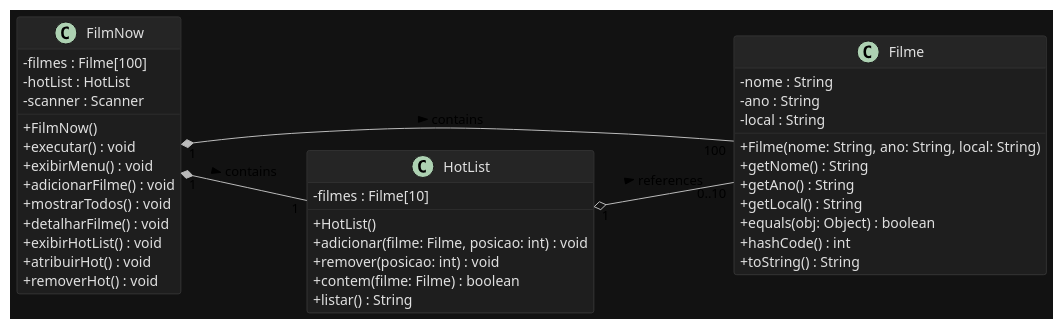
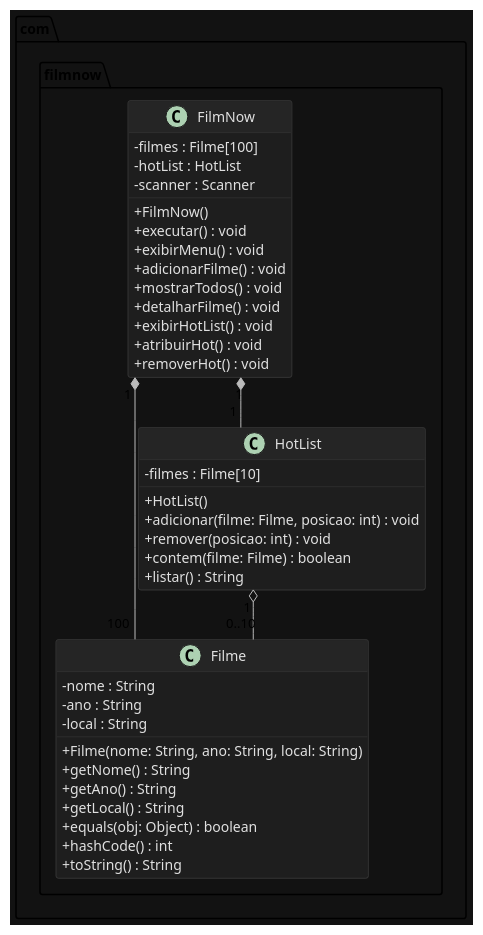
The diagram in docs/FilmNow_UML.puml (juliovlpsp-commits/LAB03), drawn with PlantUML before and after one commit. The commit also changed 1 other file, not shown here.

```diff
--- a/docs/FilmNow_UML.puml
+++ b/docs/FilmNow_UML.puml
@@ -1,55 +1,62 @@
 @startuml FilmNow
-left to right direction
 skinparam backgroundColor #121212
 skinparam shadowing false
 skinparam ArrowColor #BBBBBB
 skinparam ClassBackgroundColor #1E1E1E
 skinparam ClassBorderColor #3A3A3A
 skinparam ClassFontColor #E0E0E0
 skinparam ClassAttributeFontColor #E0E0E0
 skinparam ClassStereotypeFontColor #90CAF9
 skinparam ClassHeaderBackgroundColor #252525
 skinparam PackageBackgroundColor #121212
 skinparam classAttributeIconSize 0
+skinparam linetype ortho
+skinparam nodesep 80
+skinparam ranksep 50
 
-class FilmNow {
-  - filmes : Filme[100]
-  - hotList : HotList
-  - scanner : Scanner
-  + FilmNow()
-  + executar() : void
-  + exibirMenu() : void
-  + adicionarFilme() : void
-  + mostrarTodos() : void
-  + detalharFilme() : void
-  + exibirHotList() : void
-  + atribuirHot() : void
-  + removerHot() : void
+package "com.filmnow" {
+  class FilmNow {
+    - filmes : Filme[100]
+    - hotList : HotList
+    - scanner : Scanner
+    + FilmNow()
+    + executar() : void
+    + exibirMenu() : void
+    + adicionarFilme() : void
+    + mostrarTodos() : void
+    + detalharFilme() : void
+    + exibirHotList() : void
+    + atribuirHot() : void
+    + removerHot() : void
+  }
+
+  class Filme {
+    - nome : String
+    - ano : String
+    - local : String
+    + Filme(nome: String, ano: String, local: String)
+    + getNome() : String
+    + getAno() : String
+    + getLocal() : String
+    + equals(obj: Object) : boolean
+    + hashCode() : int
+    + toString() : String
+  }
+
+  class HotList {
+    - filmes : Filme[10]
+    + HotList()
+    + adicionar(filme: Filme, posicao: int) : void
+    + remover(posicao: int) : void
+    + contem(filme: Filme) : boolean
+    + listar() : String
+  }
+
+  FilmNow -[hidden]D-> HotList
+  FilmNow -[hidden]D-> Filme
 }
 
-class Filme {
-  - nome : String
-  - ano : String
-  - local : String
-  + Filme(nome: String, ano: String, local: String)
-  + getNome() : String
-  + getAno() : String
-  + getLocal() : String
-  + equals(obj: Object) : boolean
-  + hashCode() : int
-  + toString() : String
-}
-
-class HotList {
-  - filmes : Filme[10]
-  + HotList()
-  + adicionar(filme: Filme, posicao: int) : void
-  + remover(posicao: int) : void
-  + contem(filme: Filme) : boolean
-  + listar() : String
-}
-
-FilmNow "1" *-- "100" Filme : contains >
-FilmNow "1" *-- "1" HotList : contains >
-HotList "1" o-- "0..10" Filme : references >
+FilmNow "1" *-- "100" Filme
+FilmNow "1" *-- "1" HotList
+HotList "1" o-- "0..10" Filme
 @enduml
```
